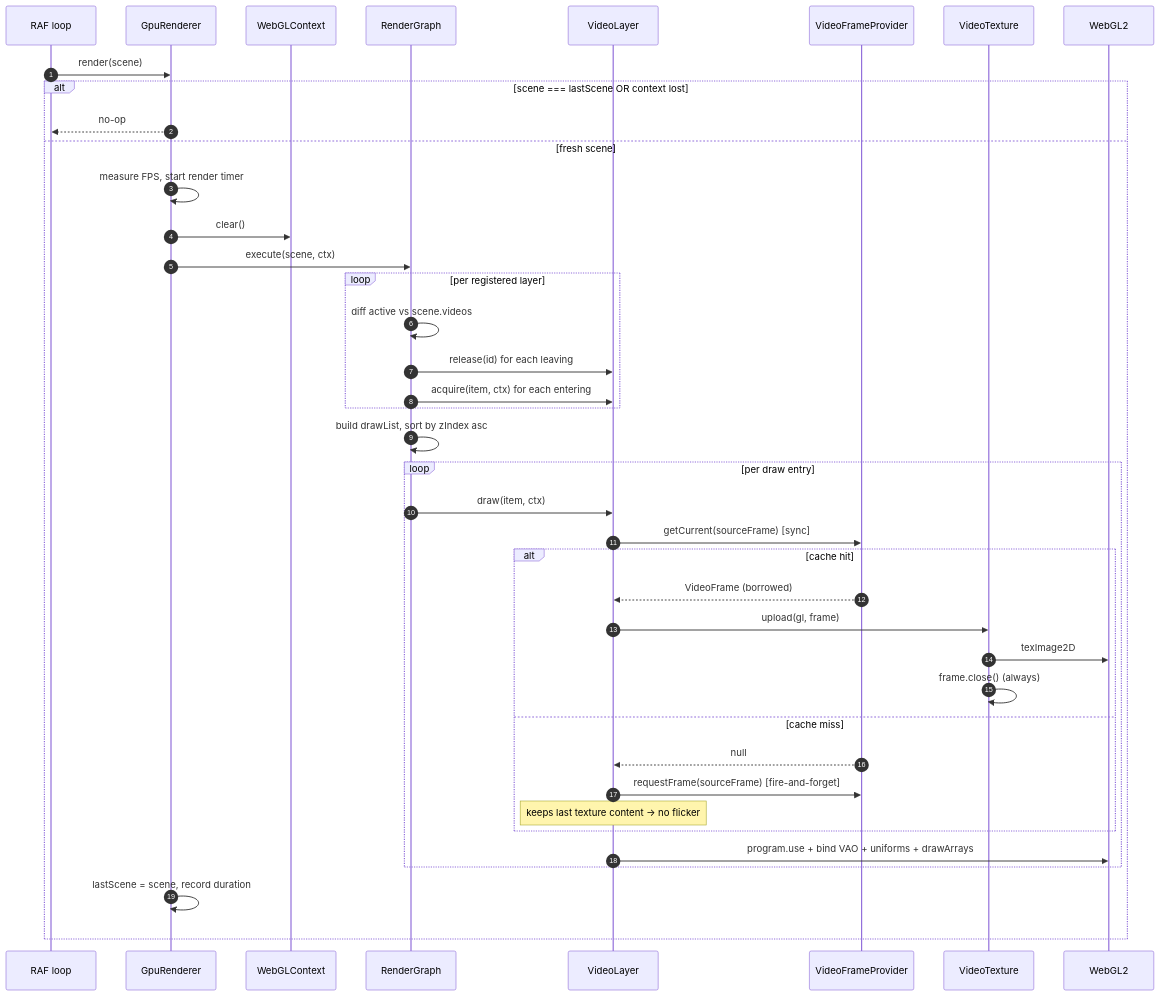
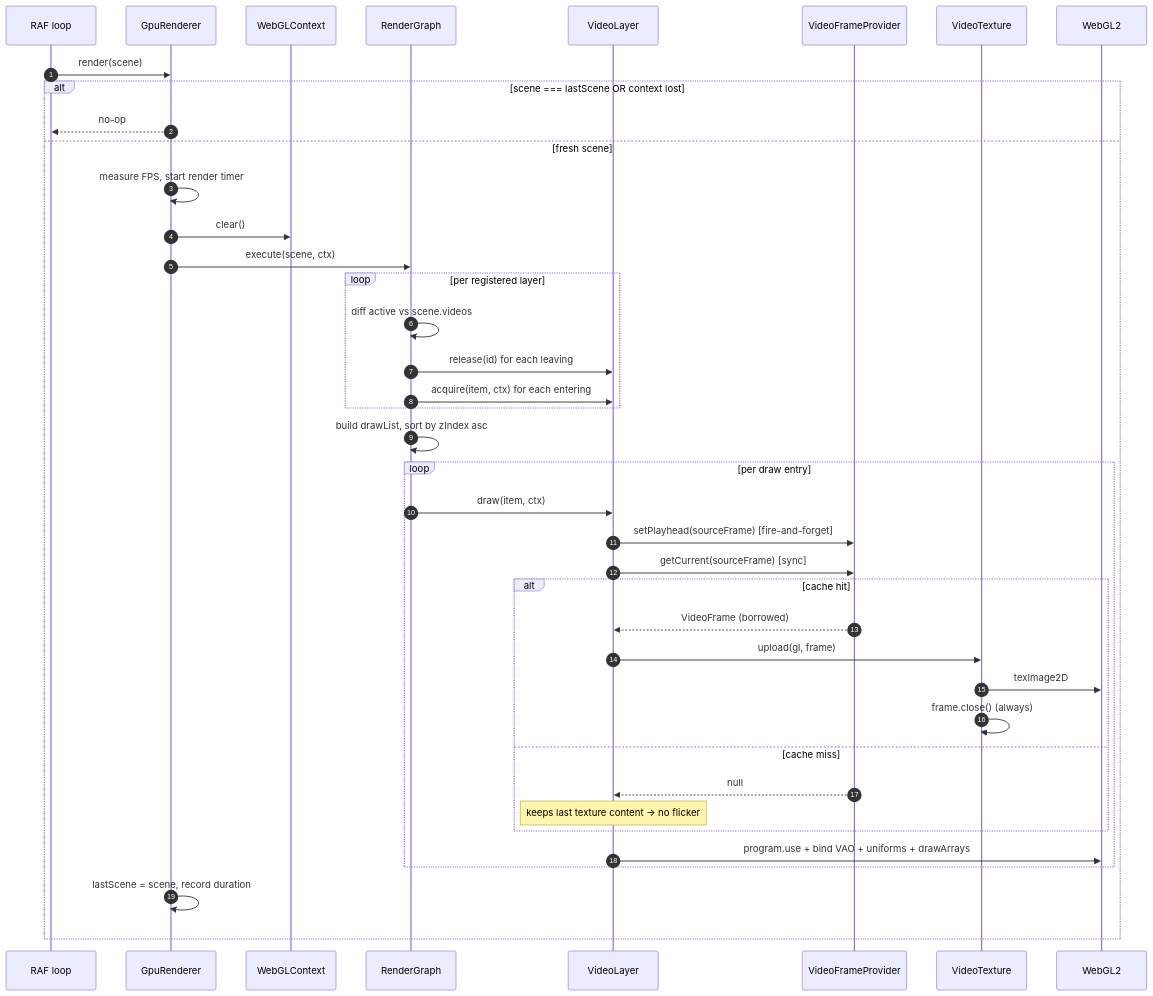
One commit to elahlabs/elah changed the seventh of 17 diagrams in packages/editor/src/core/renderer/architecture.md. Above: the diagram before and after it, drawn with Mermaid. The commit also changed other lines of this file and 35 other files, not shown here.

````diff
--- a/packages/editor/src/core/renderer/architecture.md
+++ b/packages/editor/src/core/renderer/architecture.md
@@ -237,47 +239,47 @@
 ```mermaid
 sequenceDiagram
     autonumber
     participant Shell as RAF loop
     participant GR as GpuRenderer
     participant WGL as WebGLContext
     participant RG as RenderGraph
     participant VL as VideoLayer
     participant VFP as VideoFrameProvider
     participant VT as VideoTexture
     participant GL as WebGL2
 
     Shell->>GR: render(scene)
     alt scene === lastScene OR context lost
         GR-->>Shell: no-op
     else fresh scene
         GR->>GR: measure FPS, start render timer
         GR->>WGL: clear()
         GR->>RG: execute(scene, ctx)
 
         loop per registered layer
             RG->>RG: diff active vs scene.videos
             RG->>VL: release(id) for each leaving
             RG->>VL: acquire(item, ctx) for each entering
         end
 
         RG->>RG: build drawList, sort by zIndex asc
 
         loop per draw entry
             RG->>VL: draw(item, ctx)
+            VL->>VFP: setPlayhead(sourceFrame) [fire-and-forget]
             VL->>VFP: getCurrent(sourceFrame) [sync]
             alt cache hit
                 VFP-->>VL: VideoFrame (borrowed)
                 VL->>VT: upload(gl, frame)
                 VT->>GL: texImage2D
                 VT->>VT: frame.close() (always)
             else cache miss
                 VFP-->>VL: null
-                VL->>VFP: requestFrame(sourceFrame) [fire-and-forget]
                 Note over VL: keeps last texture content → no flicker
             end
             VL->>GL: program.use + bind VAO + uniforms + drawArrays
         end
 
         GR->>GR: lastScene = scene, record duration
     end
 ```
````
